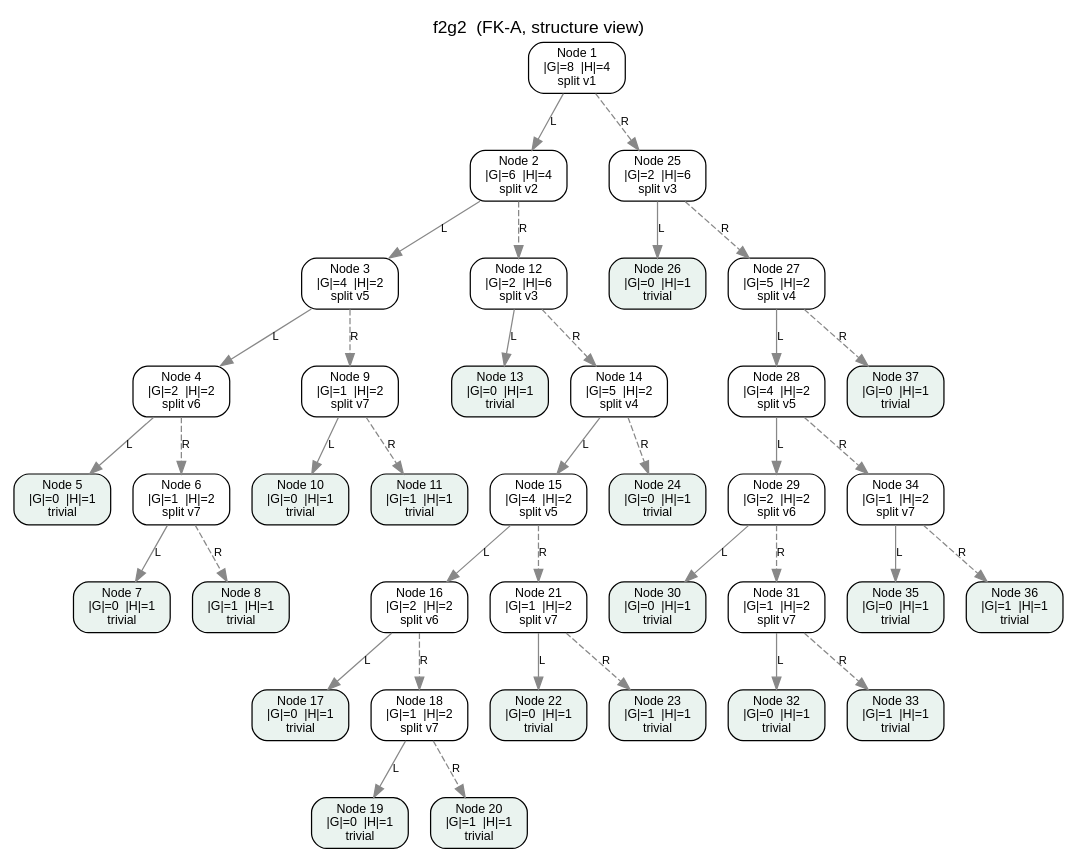
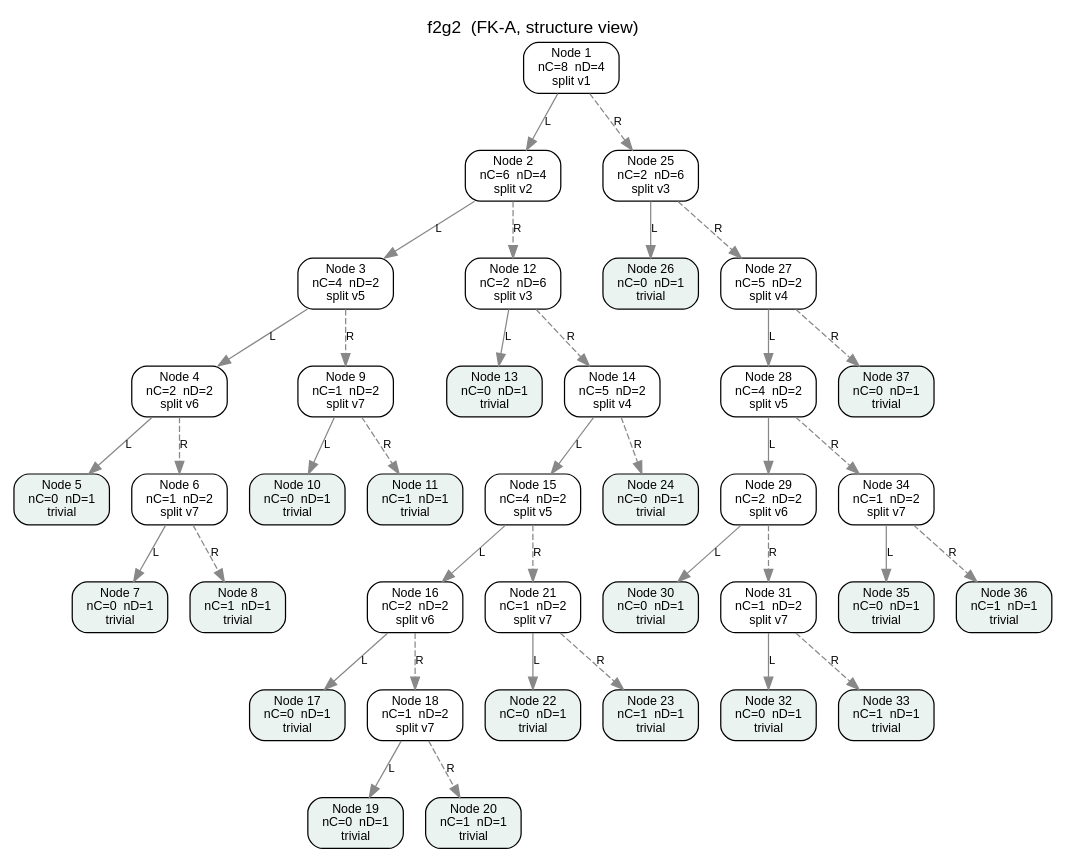
Before and after one commit to symonyeal/Hypergraph-Dualization: the diagram in results/f2g2.fk-a.faithful.dot, drawn with Graphviz. The commit also changed 203 other files, not shown here.

```diff
--- a/results/f2g2.fk-a.faithful.dot
+++ b/results/f2g2.fk-a.faithful.dot
@@ -1,79 +1,79 @@
 digraph FKA {
   rankdir=TB;
   graph [fontname="Helvetica", labelloc="t", label="f2g2  (FK-A, structure view)"];
   node [shape=box, style="rounded,filled", fillcolor="#ffffff", fontname="Helvetica", fontsize=10];
   edge [fontname="Helvetica", fontsize=9, color="#888888"];
-  n1 [label="Node 1\n|G|=8  |H|=4\nsplit v1", fillcolor="#ffffff"];
-  n2 [label="Node 2\n|G|=6  |H|=4\nsplit v2", fillcolor="#ffffff"];
-  n3 [label="Node 3\n|G|=4  |H|=2\nsplit v5", fillcolor="#ffffff"];
-  n4 [label="Node 4\n|G|=2  |H|=2\nsplit v6", fillcolor="#ffffff"];
-  n5 [label="Node 5\n|G|=0  |H|=1\ntrivial", fillcolor="#eaf3ef"];
-  n6 [label="Node 6\n|G|=1  |H|=2\nsplit v7", fillcolor="#ffffff"];
-  n7 [label="Node 7\n|G|=0  |H|=1\ntrivial", fillcolor="#eaf3ef"];
-  n8 [label="Node 8\n|G|=1  |H|=1\ntrivial", fillcolor="#eaf3ef"];
-  n9 [label="Node 9\n|G|=1  |H|=2\nsplit v7", fillcolor="#ffffff"];
-  n10 [label="Node 10\n|G|=0  |H|=1\ntrivial", fillcolor="#eaf3ef"];
-  n11 [label="Node 11\n|G|=1  |H|=1\ntrivial", fillcolor="#eaf3ef"];
-  n12 [label="Node 12\n|G|=2  |H|=6\nsplit v3", fillcolor="#ffffff"];
-  n13 [label="Node 13\n|G|=0  |H|=1\ntrivial", fillcolor="#eaf3ef"];
-  n14 [label="Node 14\n|G|=5  |H|=2\nsplit v4", fillcolor="#ffffff"];
-  n15 [label="Node 15\n|G|=4  |H|=2\nsplit v5", fillcolor="#ffffff"];
-  n16 [label="Node 16\n|G|=2  |H|=2\nsplit v6", fillcolor="#ffffff"];
-  n17 [label="Node 17\n|G|=0  |H|=1\ntrivial", fillcolor="#eaf3ef"];
-  n18 [label="Node 18\n|G|=1  |H|=2\nsplit v7", fillcolor="#ffffff"];
-  n19 [label="Node 19\n|G|=0  |H|=1\ntrivial", fillcolor="#eaf3ef"];
-  n20 [label="Node 20\n|G|=1  |H|=1\ntrivial", fillcolor="#eaf3ef"];
-  n21 [label="Node 21\n|G|=1  |H|=2\nsplit v7", fillcolor="#ffffff"];
-  n22 [label="Node 22\n|G|=0  |H|=1\ntrivial", fillcolor="#eaf3ef"];
-  n23 [label="Node 23\n|G|=1  |H|=1\ntrivial", fillcolor="#eaf3ef"];
-  n24 [label="Node 24\n|G|=0  |H|=1\ntrivial", fillcolor="#eaf3ef"];
-  n25 [label="Node 25\n|G|=2  |H|=6\nsplit v3", fillcolor="#ffffff"];
-  n26 [label="Node 26\n|G|=0  |H|=1\ntrivial", fillcolor="#eaf3ef"];
-  n27 [label="Node 27\n|G|=5  |H|=2\nsplit v4", fillcolor="#ffffff"];
-  n28 [label="Node 28\n|G|=4  |H|=2\nsplit v5", fillcolor="#ffffff"];
-  n29 [label="Node 29\n|G|=2  |H|=2\nsplit v6", fillcolor="#ffffff"];
-  n30 [label="Node 30\n|G|=0  |H|=1\ntrivial", fillcolor="#eaf3ef"];
-  n31 [label="Node 31\n|G|=1  |H|=2\nsplit v7", fillcolor="#ffffff"];
-  n32 [label="Node 32\n|G|=0  |H|=1\ntrivial", fillcolor="#eaf3ef"];
-  n33 [label="Node 33\n|G|=1  |H|=1\ntrivial", fillcolor="#eaf3ef"];
-  n34 [label="Node 34\n|G|=1  |H|=2\nsplit v7", fillcolor="#ffffff"];
-  n35 [label="Node 35\n|G|=0  |H|=1\ntrivial", fillcolor="#eaf3ef"];
-  n36 [label="Node 36\n|G|=1  |H|=1\ntrivial", fillcolor="#eaf3ef"];
-  n37 [label="Node 37\n|G|=0  |H|=1\ntrivial", fillcolor="#eaf3ef"];
+  n1 [label="Node 1\nnC=8  nD=4\nsplit v1", fillcolor="#ffffff"];
+  n2 [label="Node 2\nnC=6  nD=4\nsplit v2", fillcolor="#ffffff"];
+  n3 [label="Node 3\nnC=4  nD=2\nsplit v5", fillcolor="#ffffff"];
+  n4 [label="Node 4\nnC=2  nD=2\nsplit v6", fillcolor="#ffffff"];
+  n5 [label="Node 5\nnC=0  nD=1\ntrivial", fillcolor="#eaf3ef"];
+  n6 [label="Node 6\nnC=1  nD=2\nsplit v7", fillcolor="#ffffff"];
+  n7 [label="Node 7\nnC=0  nD=1\ntrivial", fillcolor="#eaf3ef"];
+  n8 [label="Node 8\nnC=1  nD=1\ntrivial", fillcolor="#eaf3ef"];
+  n9 [label="Node 9\nnC=1  nD=2\nsplit v7", fillcolor="#ffffff"];
+  n10 [label="Node 10\nnC=0  nD=1\ntrivial", fillcolor="#eaf3ef"];
+  n11 [label="Node 11\nnC=1  nD=1\ntrivial", fillcolor="#eaf3ef"];
+  n12 [label="Node 12\nnC=2  nD=6\nsplit v3", fillcolor="#ffffff"];
+  n13 [label="Node 13\nnC=0  nD=1\ntrivial", fillcolor="#eaf3ef"];
+  n14 [label="Node 14\nnC=5  nD=2\nsplit v4", fillcolor="#ffffff"];
+  n15 [label="Node 15\nnC=4  nD=2\nsplit v5", fillcolor="#ffffff"];
+  n16 [label="Node 16\nnC=2  nD=2\nsplit v6", fillcolor="#ffffff"];
+  n17 [label="Node 17\nnC=0  nD=1\ntrivial", fillcolor="#eaf3ef"];
+  n18 [label="Node 18\nnC=1  nD=2\nsplit v7", fillcolor="#ffffff"];
+  n19 [label="Node 19\nnC=0  nD=1\ntrivial", fillcolor="#eaf3ef"];
+  n20 [label="Node 20\nnC=1  nD=1\ntrivial", fillcolor="#eaf3ef"];
+  n21 [label="Node 21\nnC=1  nD=2\nsplit v7", fillcolor="#ffffff"];
+  n22 [label="Node 22\nnC=0  nD=1\ntrivial", fillcolor="#eaf3ef"];
+  n23 [label="Node 23\nnC=1  nD=1\ntrivial", fillcolor="#eaf3ef"];
+  n24 [label="Node 24\nnC=0  nD=1\ntrivial", fillcolor="#eaf3ef"];
+  n25 [label="Node 25\nnC=2  nD=6\nsplit v3", fillcolor="#ffffff"];
+  n26 [label="Node 26\nnC=0  nD=1\ntrivial", fillcolor="#eaf3ef"];
+  n27 [label="Node 27\nnC=5  nD=2\nsplit v4", fillcolor="#ffffff"];
+  n28 [label="Node 28\nnC=4  nD=2\nsplit v5", fillcolor="#ffffff"];
+  n29 [label="Node 29\nnC=2  nD=2\nsplit v6", fillcolor="#ffffff"];
+  n30 [label="Node 30\nnC=0  nD=1\ntrivial", fillcolor="#eaf3ef"];
+  n31 [label="Node 31\nnC=1  nD=2\nsplit v7", fillcolor="#ffffff"];
+  n32 [label="Node 32\nnC=0  nD=1\ntrivial", fillcolor="#eaf3ef"];
+  n33 [label="Node 33\nnC=1  nD=1\ntrivial", fillcolor="#eaf3ef"];
+  n34 [label="Node 34\nnC=1  nD=2\nsplit v7", fillcolor="#ffffff"];
+  n35 [label="Node 35\nnC=0  nD=1\ntrivial", fillcolor="#eaf3ef"];
+  n36 [label="Node 36\nnC=1  nD=1\ntrivial", fillcolor="#eaf3ef"];
+  n37 [label="Node 37\nnC=0  nD=1\ntrivial", fillcolor="#eaf3ef"];
   n1 -> n2 [label="L", style=solid];
   n1 -> n25 [label="R", style=dashed];
   n2 -> n3 [label="L", style=solid];
   n2 -> n12 [label="R", style=dashed];
   n3 -> n4 [label="L", style=solid];
   n3 -> n9 [label="R", style=dashed];
   n4 -> n5 [label="L", style=solid];
   n4 -> n6 [label="R", style=dashed];
   n6 -> n7 [label="L", style=solid];
   n6 -> n8 [label="R", style=dashed];
   n9 -> n10 [label="L", style=solid];
   n9 -> n11 [label="R", style=dashed];
   n12 -> n13 [label="L", style=solid];
   n12 -> n14 [label="R", style=dashed];
   n14 -> n15 [label="L", style=solid];
   n14 -> n24 [label="R", style=dashed];
   n15 -> n16 [label="L", style=solid];
   n15 -> n21 [label="R", style=dashed];
   n16 -> n17 [label="L", style=solid];
   n16 -> n18 [label="R", style=dashed];
   n18 -> n19 [label="L", style=solid];
   n18 -> n20 [label="R", style=dashed];
   n21 -> n22 [label="L", style=solid];
   n21 -> n23 [label="R", style=dashed];
   n25 -> n26 [label="L", style=solid];
   n25 -> n27 [label="R", style=dashed];
   n27 -> n28 [label="L", style=solid];
   n27 -> n37 [label="R", style=dashed];
   n28 -> n29 [label="L", style=solid];
   n28 -> n34 [label="R", style=dashed];
   n29 -> n30 [label="L", style=solid];
   n29 -> n31 [label="R", style=dashed];
   n31 -> n32 [label="L", style=solid];
   n31 -> n33 [label="R", style=dashed];
   n34 -> n35 [label="L", style=solid];
   n34 -> n36 [label="R", style=dashed];
 }
```
